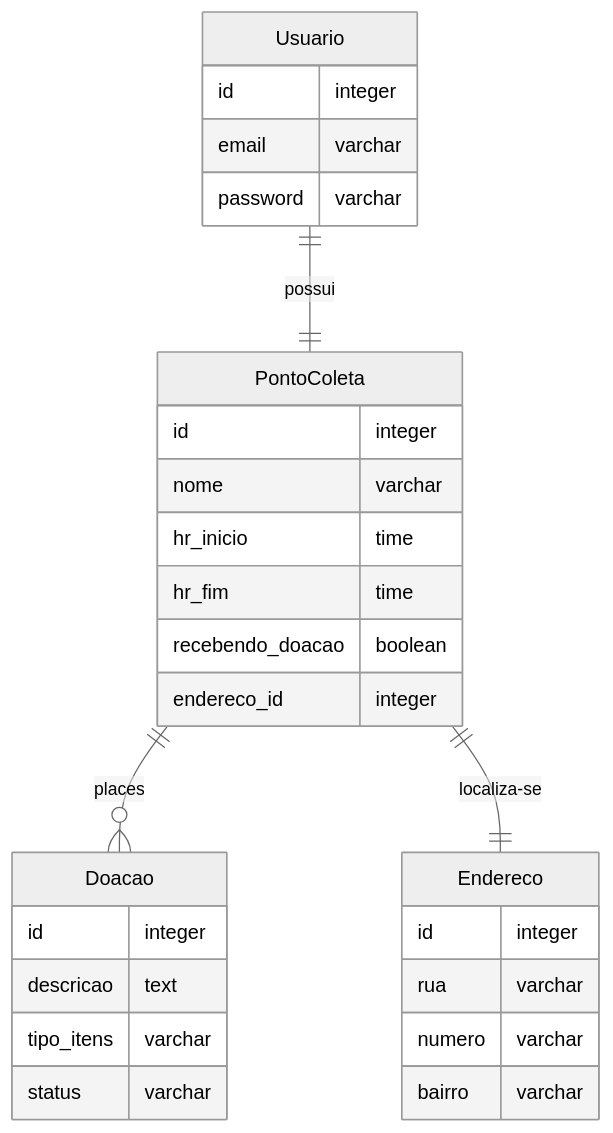
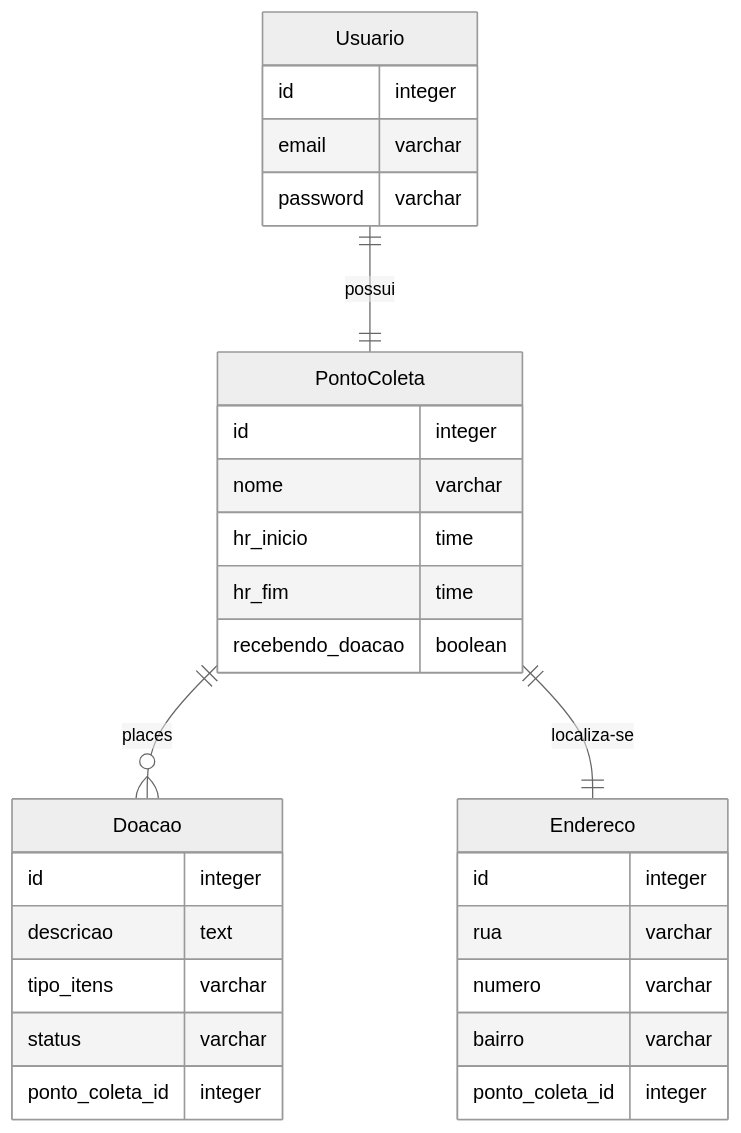
One commit to gustavo-patricio/secomp_backend_help_RS changed the second of 2 diagrams in README.md. Above: the diagram before and after it, drawn with Mermaid (neutral theme).

Commit message:
modificando diagrama E.R. README.md

````diff
--- a/README.md
+++ b/README.md
@@ -26,37 +26,39 @@
 ```mermaid
 erDiagram
     Usuario{
         id integer
         email varchar
         password varchar
 
     }
 
     PontoColeta{
         id integer
         nome varchar
         hr_inicio time
         hr_fim time
         recebendo_doacao boolean
-        endereco_id integer
     }
 
     Doacao{
         id integer
         descricao text
         tipo_itens varchar
         status varchar
+        ponto_coleta_id integer
     }
 
     Endereco{
         id integer
         rua varchar
         numero varchar
         bairro varchar
+        ponto_coleta_id integer
+
     }
 
     Usuario ||--|| PontoColeta: possui
     PontoColeta ||--o{ Doacao : places
     PontoColeta ||--|| Endereco: localiza-se
     
 ```
````
